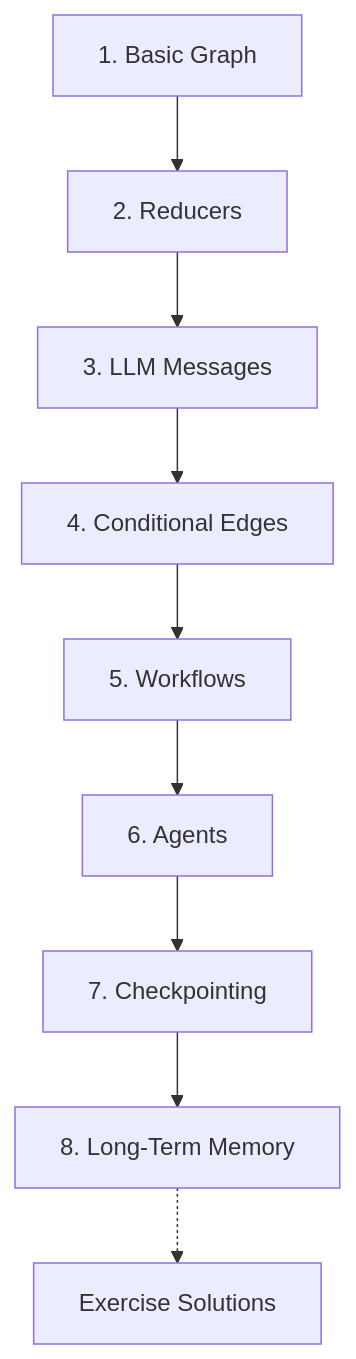
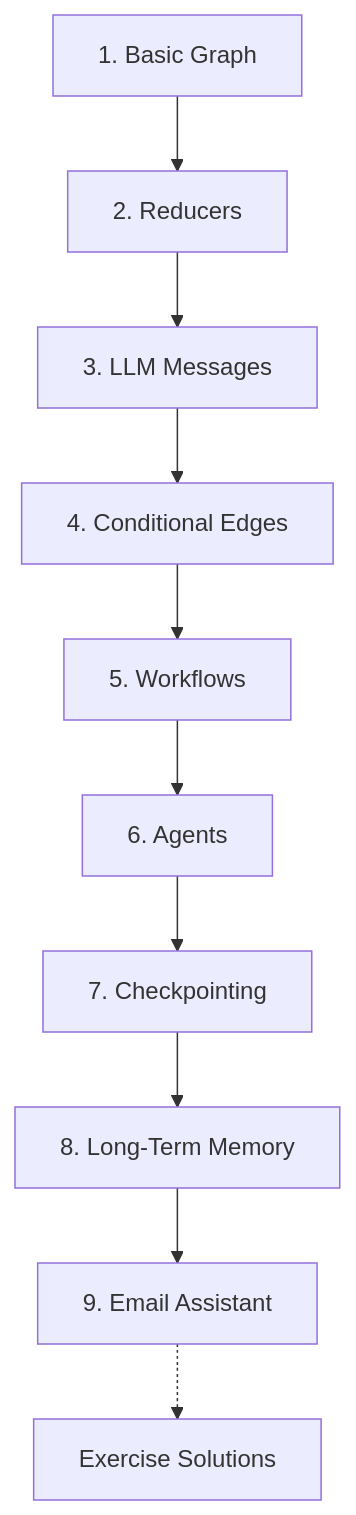
One commit to Walid-Ahmed/langgraph-tutorials changed the second of 3 diagrams in README.md. Above: the diagram before and after it, drawn with Mermaid. The commit also changed other lines of this file and 30 other files, not shown here.

````diff
--- a/README.md
+++ b/README.md
@@ -36,11 +36,12 @@
 ```mermaid
 flowchart TD
     A["1. Basic Graph"] --> B["2. Reducers"]
     B --> C["3. LLM Messages"]
     C --> D["4. Conditional Edges"]
     D --> E["5. Workflows"]
     E --> F["6. Agents"]
     F --> G["7. Checkpointing"]
     G --> H["8. Long-Term Memory"]
-    H -.-> I["Exercise Solutions"]
+    H --> I["9. Email Assistant"]
+    I -.-> J["Exercise Solutions"]
 ```
````
